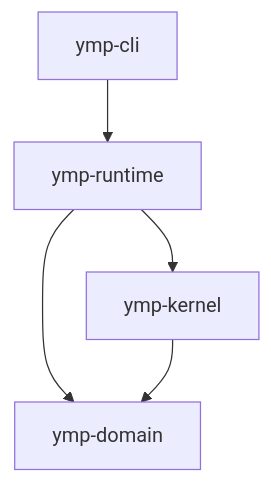
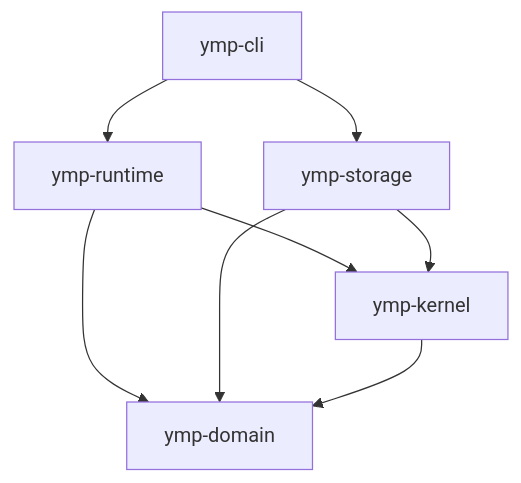
One commit to maggnus/ymp changed the diagram in ymp-docs/architecture.md. Above: the diagram before and after it, drawn with Mermaid. The commit also changed other lines of this file and 8 other files, not shown here.

````diff
--- a/ymp-docs/architecture.md
+++ b/ymp-docs/architecture.md
@@ -11,7 +11,10 @@
 ```mermaid
 flowchart TD
     CLI[ymp-cli] --> Runtime[ymp-runtime]
+    CLI --> Storage[ymp-storage]
     Runtime --> Kernel[ymp-kernel]
     Runtime --> Domain[ymp-domain]
+    Storage --> Kernel
+    Storage --> Domain
     Kernel --> Domain
 ```
````
